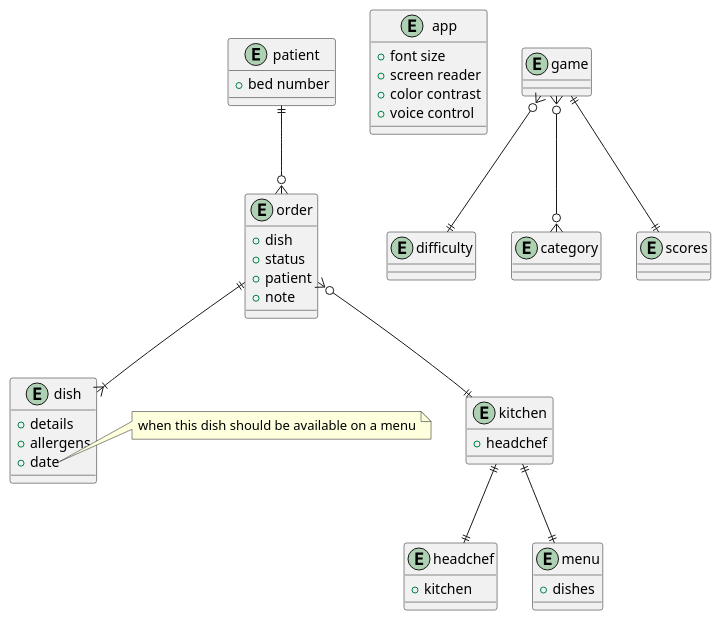
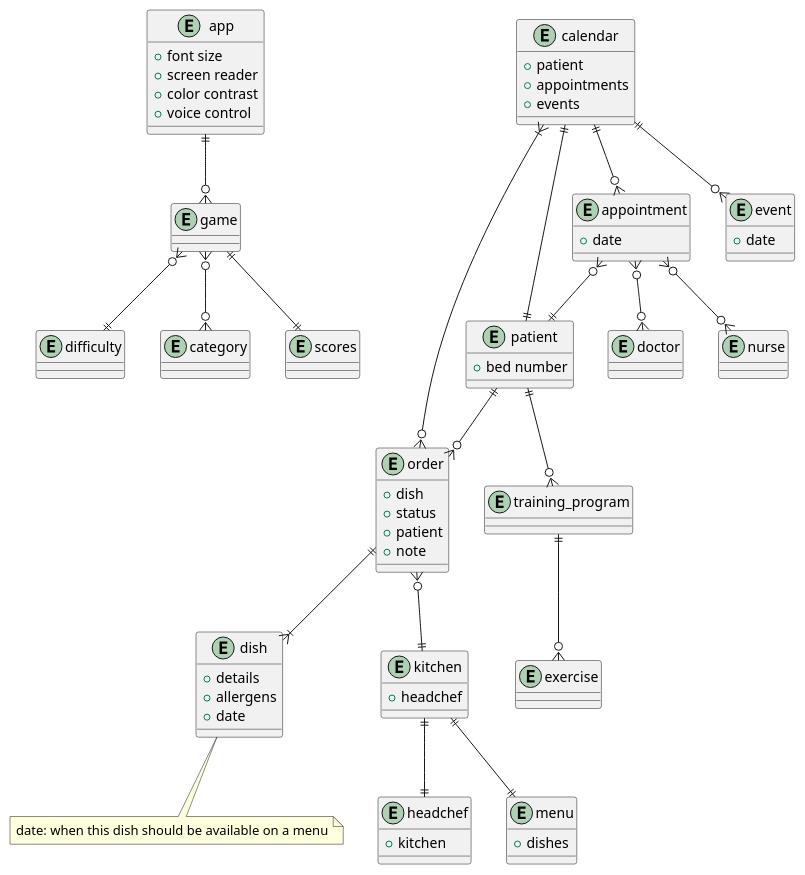
One commit to Oskar123456/SYSDAT-F25-TEAM-G changed the diagram in puml/domain-model.puml. Above: the diagram before and after it, drawn with PlantUML. The commit also changed 2 other files, not shown here.

```diff
--- a/puml/domain-model.puml
+++ b/puml/domain-model.puml
@@ -15,78 +15,115 @@
 @startuml
 
 entity app {
     +font size
     +screen reader
     +color contrast
     +voice control
 }
 
 entity patient {
     +bed number
 }
 
 entity order {
     +dish
     +status
     +patient
     +note
 }
 
 entity dish {
     +details
     +allergens
     +date
 }
+note bottom: date: when this dish should be available on a menu
 
 entity kitchen {
     +headchef
 }
 
 entity game {
 }
 
 entity difficulty {
 }
 
 entity category {
 }
 
 entity scores {
 }
 
 entity headchef {
     +kitchen
 }
 
 entity menu {
     +dishes
 }
 
+entity calendar {
+    +patient
+    +appointments
+    +events
+}
+
+entity appointment {
+    +date
+}
+
+entity event {
+    +date
+}
+
+entity doctor {
+}
+
+entity nurse {
+}
+
+entity training_program {
+}
+
+entity exercise {
+}
+
 /' 
 
     RELATIONS
     
 '/
 
 patient ||--o{ order
 order ||--|{ dish
 order }o--|| kitchen
 
 game }o--|| difficulty
 game }o--o{ category
 game ||--|| scores
 
 kitchen ||--|| menu
 kitchen ||--|| headchef
 
+calendar ||--o{ appointment
+calendar ||--o{ event
+calendar ||--|| patient
+calendar }|--o{ order
+
+appointment }o--|| patient
+appointment }o--o{ doctor
+appointment }o--o{ nurse
+
+patient ||--o{ training_program
+training_program ||--o{ exercise
+
+app ||--o{ game
+
 /' 
 
     NOTES 
     
 '/
 
-note right of dish::date
-    when this dish should be available on a menu
-end note
-
 @enduml
```
